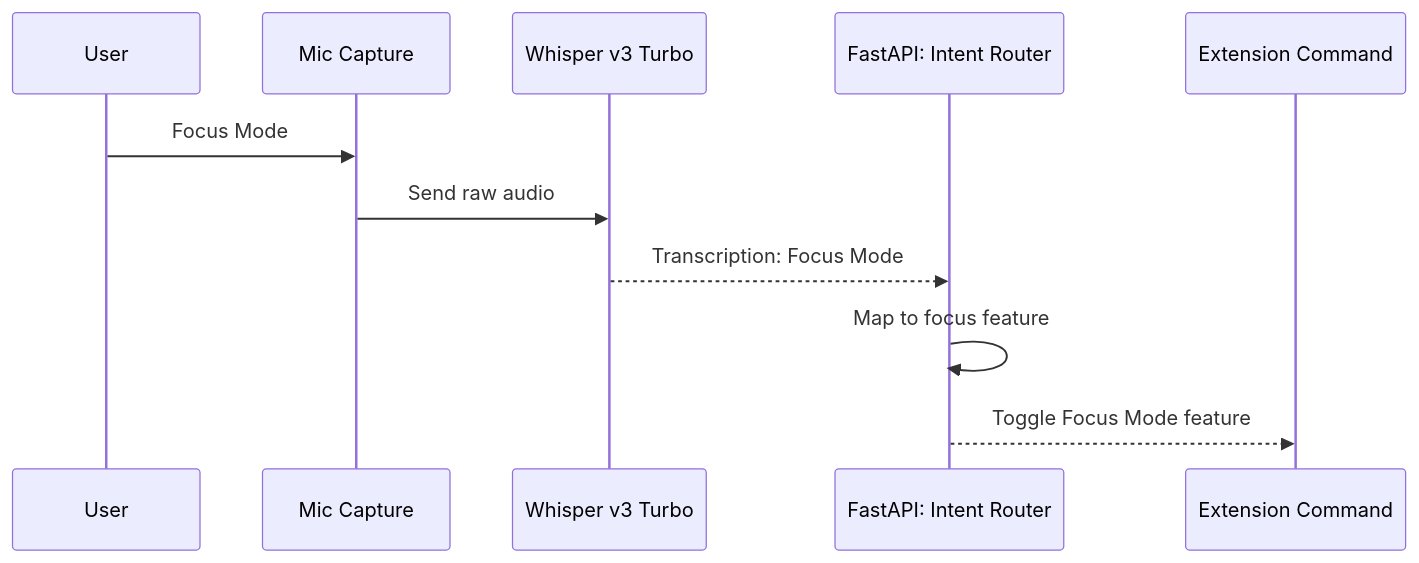
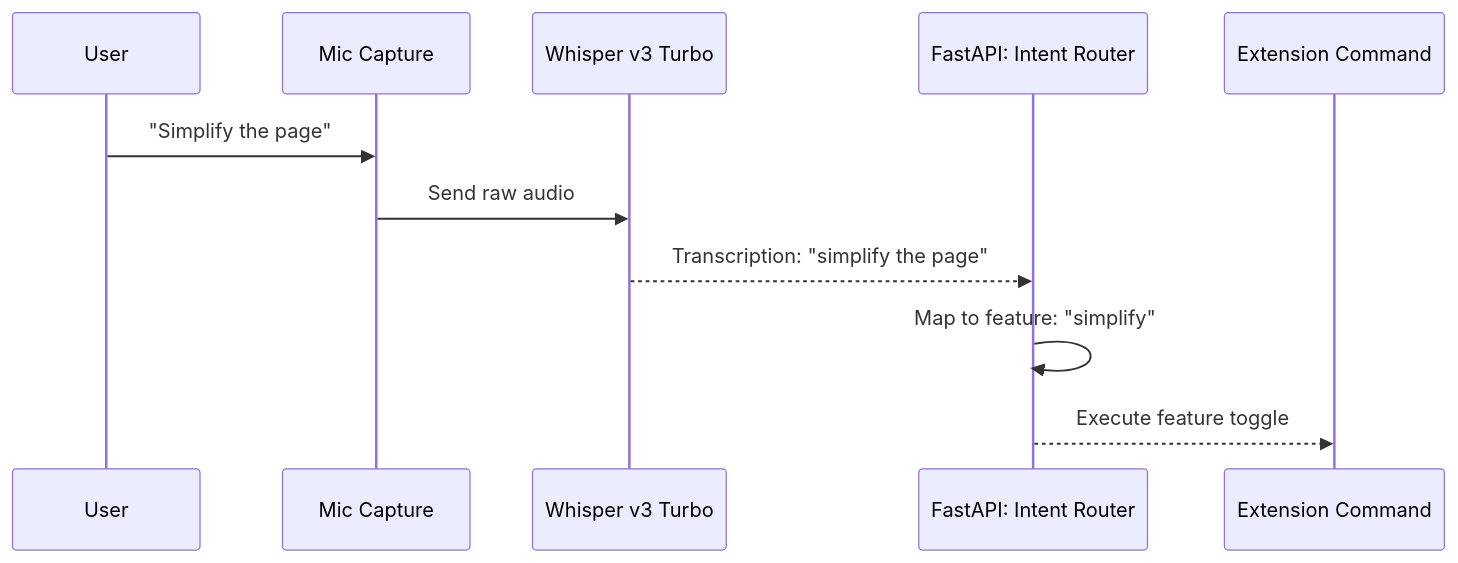
One commit to Insha-7/NeuroRead changed the sixth of 8 diagrams in README.md. Above: the diagram before and after it, drawn with Mermaid. The commit also changed other lines of this file, not shown here.

````diff
--- a/README.md
+++ b/README.md
@@ -106,14 +140,14 @@
 ```mermaid
 sequenceDiagram
     participant User
     participant Mic as Mic Capture
     participant W as Whisper v3 Turbo
     participant R as FastAPI: Intent Router
     participant E as Extension Command
 
-    User->>Mic: Focus Mode
+    User->>Mic: "Simplify the page"
     Mic->>W: Send raw audio
-    W-->>R: Transcription: Focus Mode
-    R->>R: Map to focus feature
-    R-->>E: Toggle Focus Mode feature
+    W-->>R: Transcription: "simplify the page"
+    R->>R: Map to feature: "simplify"
+    R-->>E: Execute feature toggle
 ```
````
